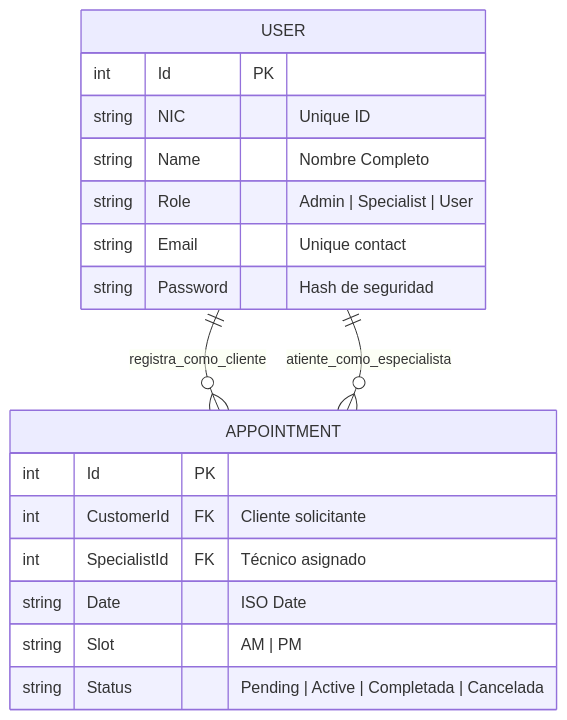
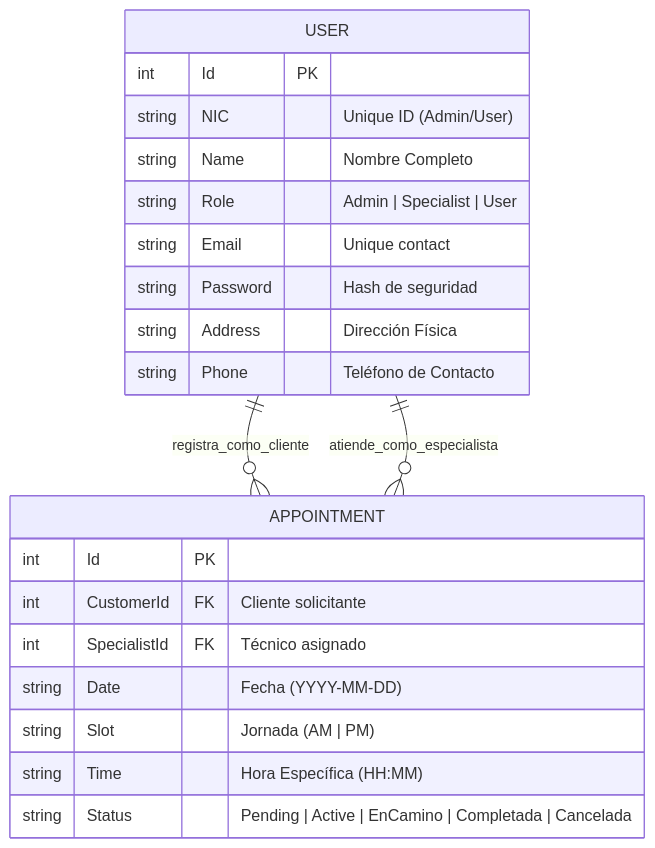
One commit to Mylisuthy/Challenge_celsia changed the second of 3 diagrams in README.md. Above: the diagram before and after it, drawn with Mermaid. The commit also changed other lines of this file, not shown here.

Commit message:
docs: refine architecture diagrams to match implementation

````diff
--- a/README.md
+++ b/README.md
@@ -57,23 +68,26 @@
 ```mermaid
 erDiagram
     USER ||--o{ APPOINTMENT : "registra_como_cliente"
-    USER ||--o{ APPOINTMENT : "atiente_como_especialista"
+    USER ||--o{ APPOINTMENT : "atiende_como_especialista"
     
     USER {
         int Id PK
-        string NIC "Unique ID"
+        string NIC "Unique ID (Admin/User)"
         string Name "Nombre Completo"
         string Role "Admin | Specialist | User"
         string Email "Unique contact"
         string Password "Hash de seguridad"
+        string Address "Dirección Física"
+        string Phone "Teléfono de Contacto"
     }
 
     APPOINTMENT {
         int Id PK
         int CustomerId FK "Cliente solicitante"
         int SpecialistId FK "Técnico asignado"
-        string Date "ISO Date"
-        string Slot "AM | PM"
-        string Status "Pending | Active | Completada | Cancelada"
+        string Date "Fecha (YYYY-MM-DD)"
+        string Slot "Jornada (AM | PM)"
+        string Time "Hora Específica (HH:MM)"
+        string Status "Pending | Active | EnCamino | Completada | Cancelada"
     }
 ```
````
